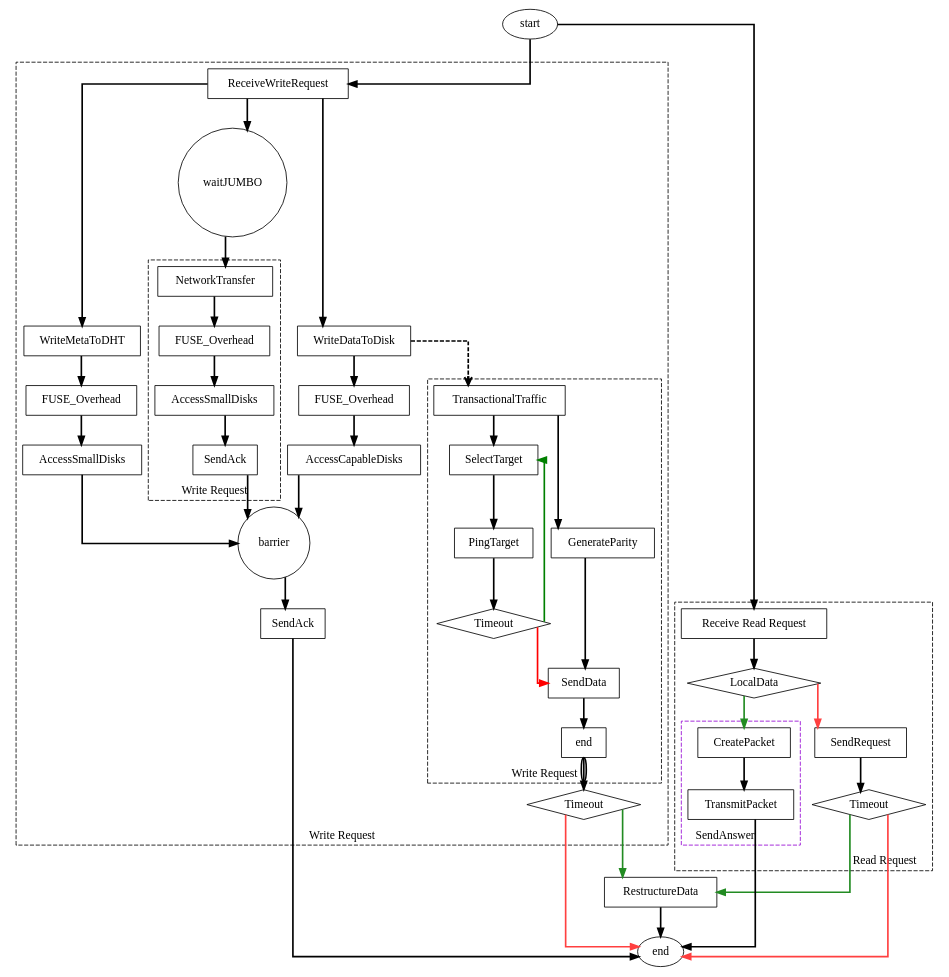
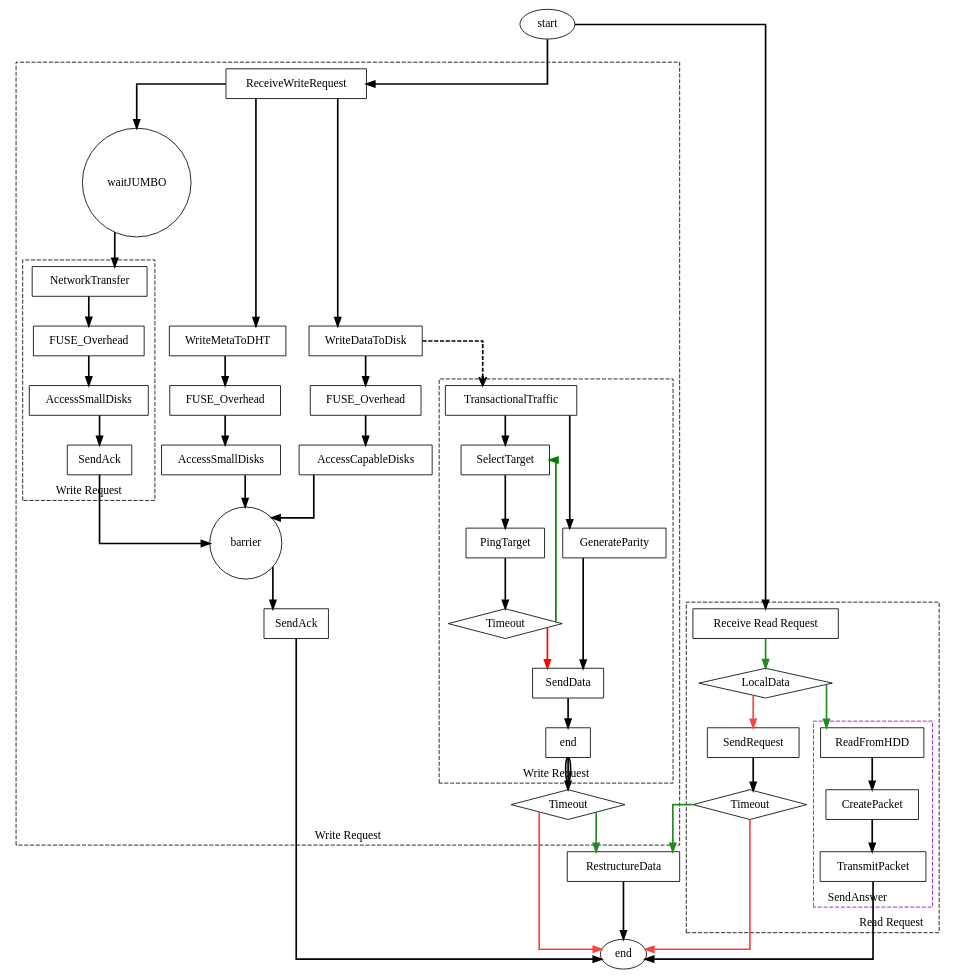
One commit to DanX3/ddn_dht changed the diagram in graphs/server.gv. Above: the diagram before and after it, drawn with Graphviz. The commit also changed 10 other files, not shown here.

```diff
--- a/graphs/server.gv
+++ b/graphs/server.gv
@@ -1,72 +1,71 @@
 digraph {
     style = dashed
     splines=ortho
     nodesep=0.3
     node [shape=box]
     start [shape=oval]
     edge [penwidth=2]
     end [shape=oval]
 
     start -> "Receive Read Request"
     subgraph cluster_0 {
         label = "Read Request" labelloc="b" labeljust="r"
         timeout_1[shape=diamond label="Timeout"]
         LocalData [shape=diamond]
 
-        "Receive Read Request" -> LocalData
-        LocalData -> CreatePacket [color=forestgreen]
+        "Receive Read Request" -> LocalData -> ReadFromHDD [color=forestgreen]
 
         subgraph cluster {
             label = "SendAnswer" labelloc="b" labeljust="l"
             color = darkviolet
 
-            CreatePacket -> TransmitPacket
+            ReadFromHDD -> CreatePacket -> TransmitPacket
         }
 
         LocalData -> SendRequest [color=brown1]
         SendRequest -> timeout_1
     }
     TransmitPacket -> end
     timeout_1 -> RestructureData [color=forestgreen]
     timeout_1 -> end [color=brown1]
 
     start -> ReceiveWriteRequest
     subgraph cluster {
         label = "Write Request" labelloc="b"
         timeout_2[label="Timeout" shape=diamond]
         barrier[shape=circle label="barrier"]
         waitJUMBO [shape=circle]
         accessSmallDisks[label="AccessSmallDisks"]
         FUSE_Overhead_2 [label=FUSE_Overhead]
         WriteDataToDisk -> TransactionalTraffic [arrowhead=open style=dashed]
 
         ReceiveWriteRequest ->  WriteDataToDisk -> FUSE_Overhead -> AccessCapableDisks -> barrier
         ReceiveWriteRequest -> WriteMetaToDHT -> FUSE_Overhead_2 -> accessSmallDisks ->barrier
         ReceiveWriteRequest -> waitJUMBO -> NetworkTransfer
         subgraph cluster_propagation {
             FUSE [label="FUSE_Overhead"]
             send_ack[label="SendAck"]
             NetworkTransfer -> FUSE -> 
             AccessSmallDisks -> send_ack
         }
         send_ack -> barrier
         barrier -> SendAck
 
         #subgraph for TransactionalTraffic
         subgraph cluster_1 {
             endTrans [label="end"]
             TransTimeout[label="Timeout" shape=diamond]
             TransactionalTraffic -> SelectTarget -> PingTarget -> TransTimeout
             TransTimeout -> SendData [color=red]
             TransTimeout -> SelectTarget [color=green]
             TransactionalTraffic -> GenerateParity -> SendData ->  endTrans
         }
         endTrans -> timeout_2 [color="black:invis:black:invis:black"
             edgetooltip="Calls to multiple nodes"]
     }
     timeout_2 -> end [color=brown1]
     timeout_2 -> RestructureData [color=forestgreen]
     RestructureData -> end
     SendAck -> end
 
 }
```
